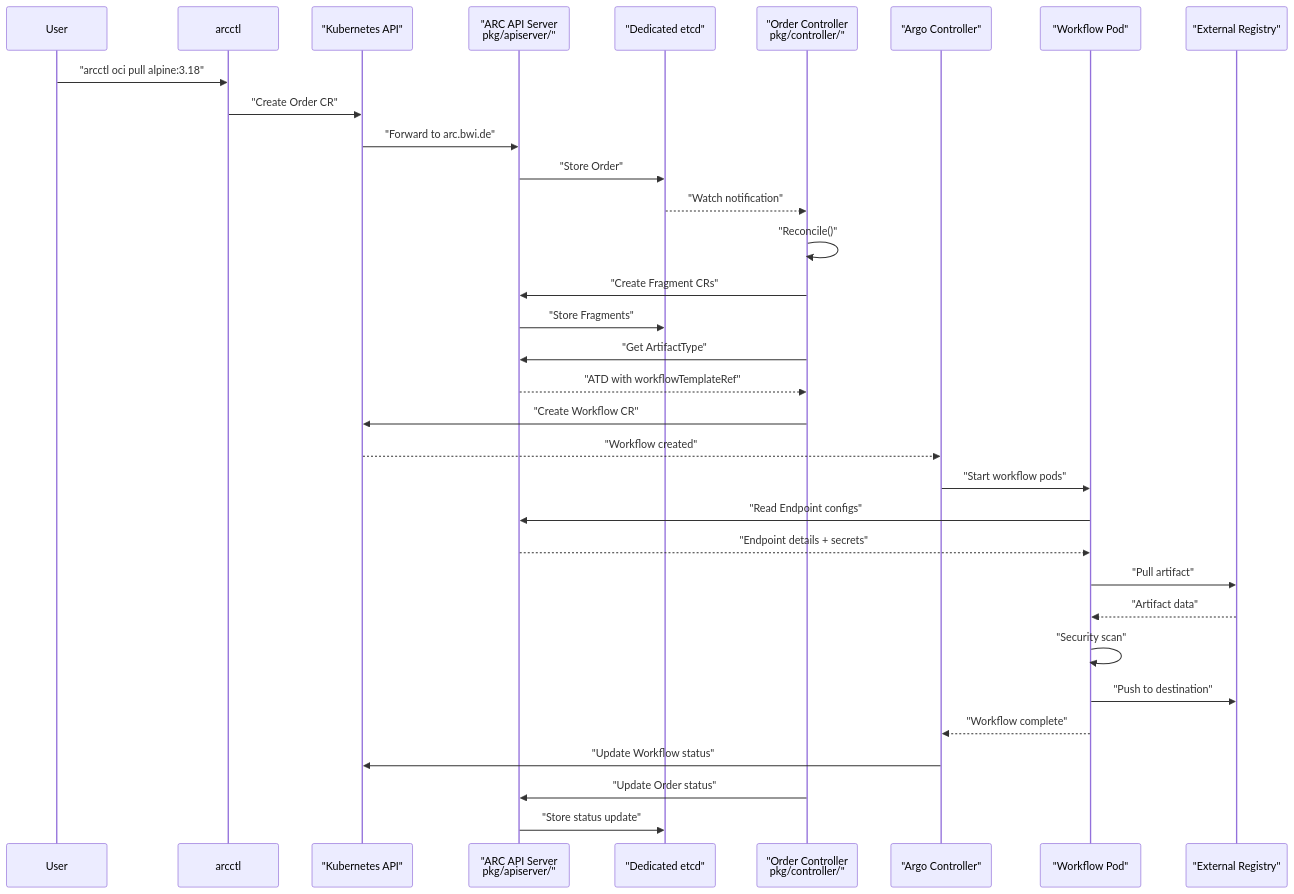
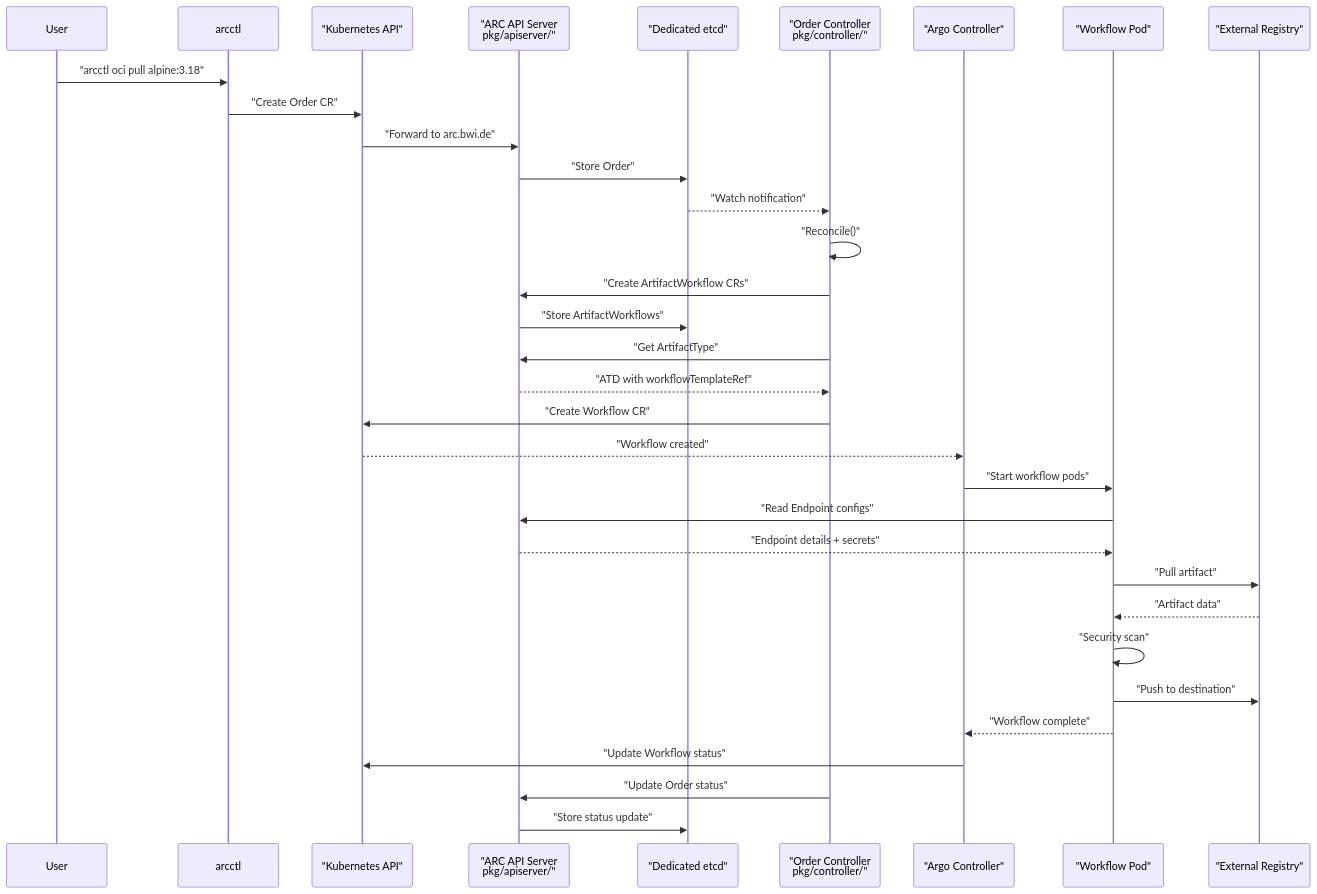
One commit to opendefensecloud/artifact-conduit changed the third of 3 diagrams in docs/index.md. Above: the diagram before and after it, drawn with Mermaid. The commit also changed other lines of this file and 53 other files, not shown here.

````diff
--- a/docs/index.md
+++ b/docs/index.md
@@ -176,44 +176,44 @@
 ```mermaid
 sequenceDiagram
     participant User
     participant arcctl
     participant K8sAPI as "Kubernetes API"
     participant ARCAPI as "ARC API Server<br/>pkg/apiserver/"
     participant etcd as "Dedicated etcd"
     participant OrderCtrl as "Order Controller<br/>pkg/controller/"
     participant ArgoCtrl as "Argo Controller"
     participant Workflow as "Workflow Pod"
     participant Registry as "External Registry"
     
     User->>arcctl: "arcctl oci pull alpine:3.18"
     arcctl->>K8sAPI: "Create Order CR"
     K8sAPI->>ARCAPI: "Forward to arc.bwi.de"
     ARCAPI->>etcd: "Store Order"
     
     etcd-->>OrderCtrl: "Watch notification"
     OrderCtrl->>OrderCtrl: "Reconcile()"
-    OrderCtrl->>ARCAPI: "Create Fragment CRs"
-    ARCAPI->>etcd: "Store Fragments"
+    OrderCtrl->>ARCAPI: "Create ArtifactWorkflow CRs"
+    ARCAPI->>etcd: "Store ArtifactWorkflows"
     
     OrderCtrl->>ARCAPI: "Get ArtifactType"
     ARCAPI-->>OrderCtrl: "ATD with workflowTemplateRef"
     
     OrderCtrl->>K8sAPI: "Create Workflow CR"
     K8sAPI-->>ArgoCtrl: "Workflow created"
     
     ArgoCtrl->>Workflow: "Start workflow pods"
     Workflow->>ARCAPI: "Read Endpoint configs"
     ARCAPI-->>Workflow: "Endpoint details + secrets"
     
     Workflow->>Registry: "Pull artifact"
     Registry-->>Workflow: "Artifact data"
     
     Workflow->>Workflow: "Security scan"
     Workflow->>Registry: "Push to destination"
     
     Workflow-->>ArgoCtrl: "Workflow complete"
     ArgoCtrl->>K8sAPI: "Update Workflow status"
     
     OrderCtrl->>ARCAPI: "Update Order status"
     ARCAPI->>etcd: "Store status update"
 ```
````
